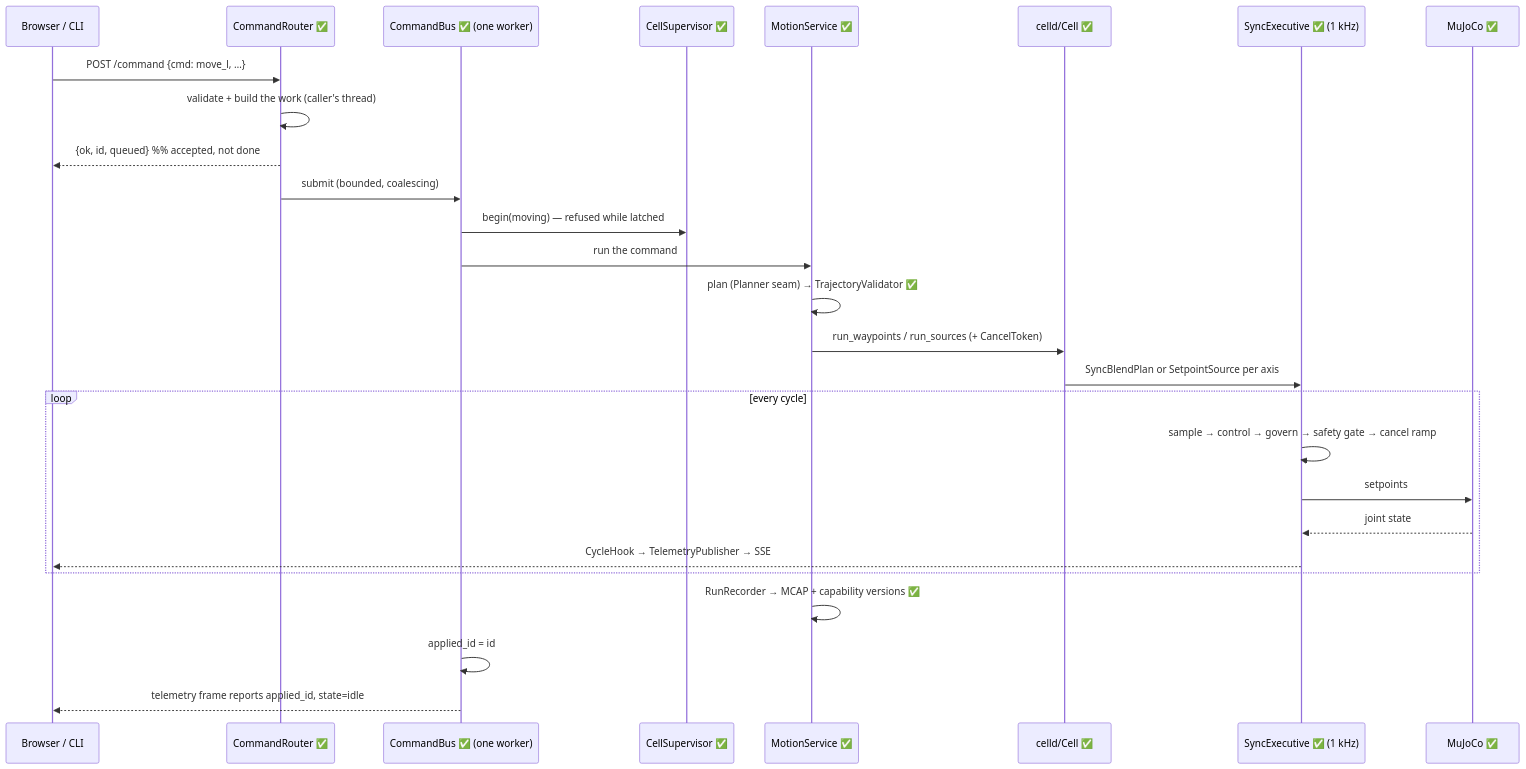
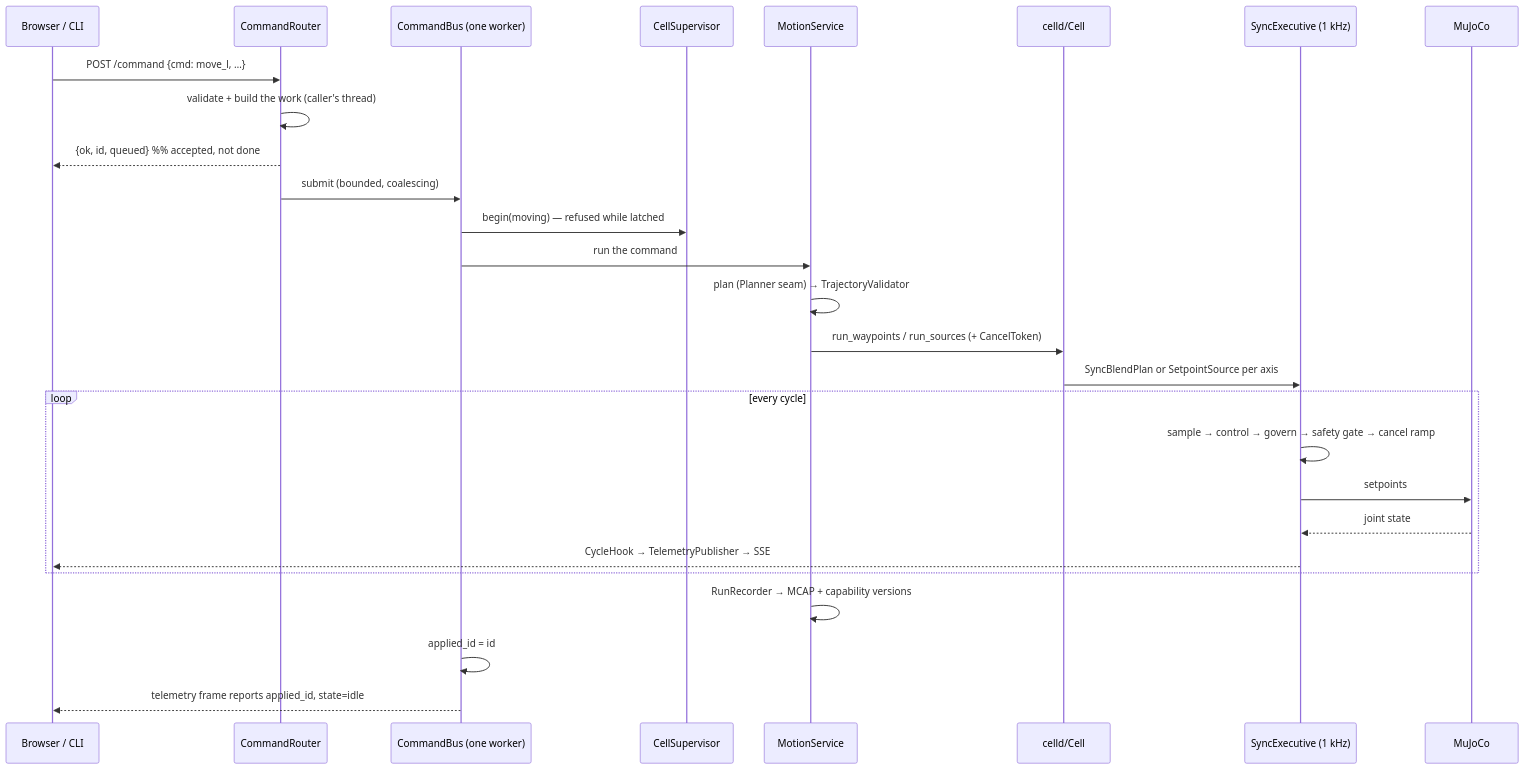
Before and after one commit to brmel/robonode: the fourth of 4 diagrams in docs/ARCHITECTURE.md, drawn with Mermaid. The commit also changed other lines of this file and 16 other files, not shown here.

````diff
--- a/docs/ARCHITECTURE.md
+++ b/docs/ARCHITECTURE.md
@@ -295,30 +309,30 @@
 ```mermaid
 sequenceDiagram
   participant U as Browser / CLI
-  participant R as CommandRouter ✅
-  participant B as CommandBus ✅ (one worker)
-  participant S as CellSupervisor ✅
-  participant M as MotionService ✅
-  participant C as celld/Cell ✅
-  participant E as SyncExecutive ✅ (1 kHz)
-  participant P as MuJoCo ✅
+  participant R as CommandRouter
+  participant B as CommandBus (one worker)
+  participant S as CellSupervisor
+  participant M as MotionService
+  participant C as celld/Cell
+  participant E as SyncExecutive (1 kHz)
+  participant P as MuJoCo
 
   U->>R: POST /command {cmd: move_l, …}
   R->>R: validate + build the work (caller's thread)
-  R-->>U: {ok, id, queued}          %% accepted, not done
+  R-->>U: {ok, id, queued} %% accepted, not done
   R->>B: submit (bounded, coalescing)
   B->>S: begin(moving) — refused while latched
   B->>M: run the command
-  M->>M: plan (Planner seam) → TrajectoryValidator ✅
+  M->>M: plan (Planner seam) → TrajectoryValidator
   M->>C: run_waypoints / run_sources (+ CancelToken)
   C->>E: SyncBlendPlan or SetpointSource per axis
   loop every cycle
     E->>E: sample → control → govern → safety gate → cancel ramp
     E->>P: setpoints
     P-->>E: joint state
     E-->>U: CycleHook → TelemetryPublisher → SSE
   end
-  M->>M: RunRecorder → MCAP + capability versions ✅
+  M->>M: RunRecorder → MCAP + capability versions
   B->>B: applied_id = id
   B-->>U: telemetry frame reports applied_id, state=idle
 ```
````
